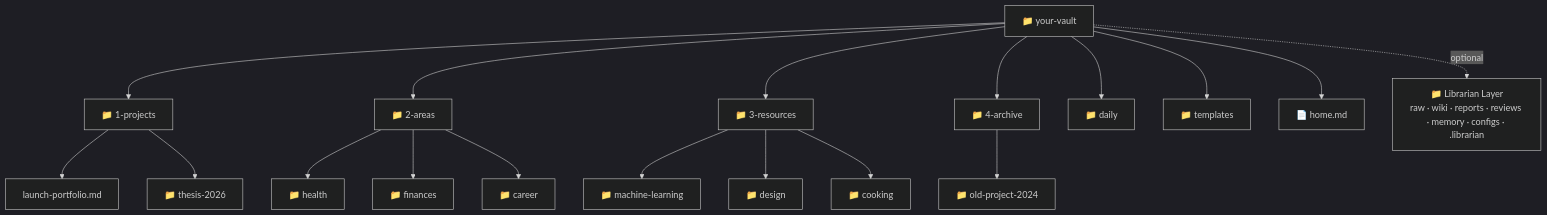
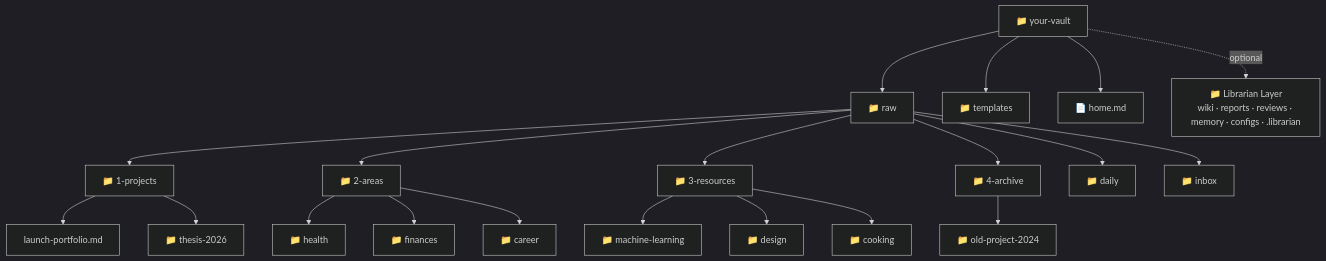
The diagram in second-brain/guides/en/04-vault-structure.md (VanessaPellegrini/second-brain-ecosystem), drawn with Mermaid (dark theme) before and after one commit. The commit also changed other lines of this file and 6 other files, not shown here.

First line of the commit message:
docs: align vault structure — PARA/daily/inbox now inside raw/

````diff
--- a/second-brain/guides/en/04-vault-structure.md
+++ b/second-brain/guides/en/04-vault-structure.md
@@ -20,21 +20,24 @@
 ```mermaid
 graph TD
-    Vault[📁 your-vault] --> P[📁 1-projects]
-    Vault --> A[📁 2-areas]
-    Vault --> R[📁 3-resources]
-    Vault --> Arc[📁 4-archive]
-    Vault --> D[📁 daily]
+    Vault[📁 your-vault] --> Raw[📁 raw]
     Vault --> T[📁 templates]
     Vault --> H[📄 home.md]
-    Vault -. optional .-> AI[📁 Librarian Layer<br/>raw · wiki · reports · reviews · memory · configs · .librarian]
+    Vault -. optional .-> AI[📁 Librarian Layer<br/>wiki · reports · reviews · memory · configs · .librarian]
+
+    Raw --> P[📁 1-projects]
+    Raw --> A[📁 2-areas]
+    Raw --> R[📁 3-resources]
+    Raw --> Arc[📁 4-archive]
+    Raw --> D[📁 daily]
+    Raw --> In[📁 inbox]
 
     P --> P1[launch-portfolio.md]
     P --> P2[📁 thesis-2026]
     A --> A1[📁 health]
     A --> A2[📁 finances]
     A --> A3[📁 career]
     R --> R1[📁 machine-learning]
     R --> R2[📁 design]
     R --> R3[📁 cooking]
     Arc --> Arc1[📁 old-project-2024]
 ```
````
